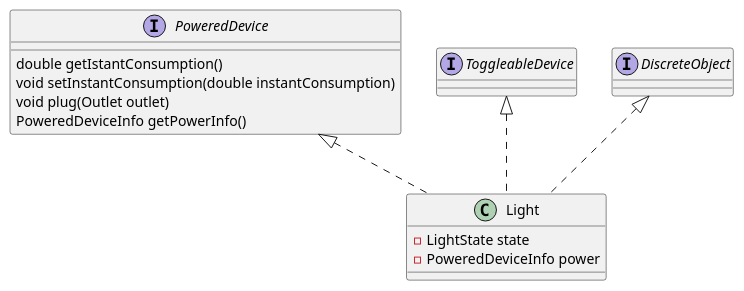
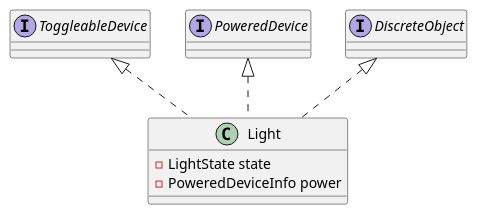
One commit to progetto-oop-22-23/OOP-report changed the diagram in monticelli/uml/Light.puml. Above: the diagram before and after it, drawn with PlantUML. The commit also changed 1 other file, not shown here.

```diff
--- a/monticelli/uml/Light.puml
+++ b/monticelli/uml/Light.puml
@@ -1,14 +1,6 @@
 @startuml Light
-interface PoweredDevice {
-    double getIstantConsumption()
-    void setInstantConsumption(double instantConsumption)
-    void plug(Outlet outlet)
-    PoweredDeviceInfo getPowerInfo()
-}
-
-
 class Light implements ToggleableDevice,PoweredDevice,DiscreteObject {
     -LightState state
     -PoweredDeviceInfo power
 }
 @enduml
```
